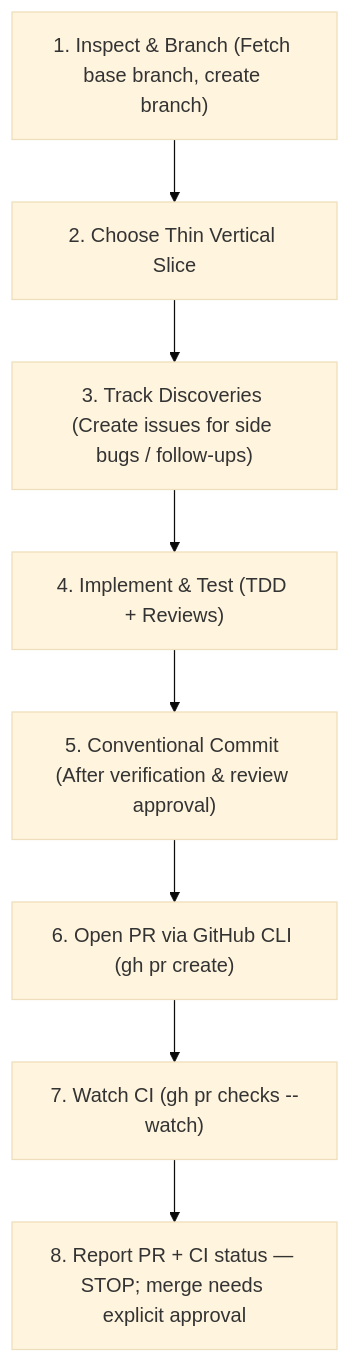
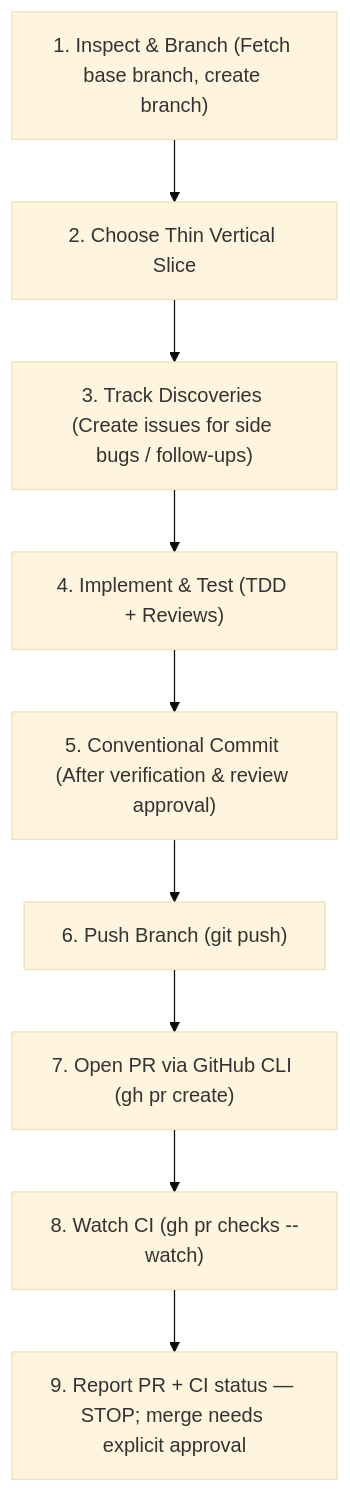
The diagram in .agents/skills/slice-and-pr/SKILL.md (scottdensmore/travel-app), drawn with Mermaid (base theme) before and after one commit. The commit also changed other lines of this file and 3 other files, not shown here.

````diff
--- a/.agents/skills/slice-and-pr/SKILL.md
+++ b/.agents/skills/slice-and-pr/SKILL.md
@@ -17,10 +17,11 @@
 ```mermaid
 flowchart TD
     A["1. Inspect & Branch (Fetch base branch, create branch)"] --> B["2. Choose Thin Vertical Slice"]
     B --> C["3. Track Discoveries (Create issues for side bugs / follow-ups)"]
     C --> D["4. Implement & Test (TDD + Reviews)"]
     D --> E["5. Conventional Commit (After verification & review approval)"]
-    E --> F["6. Open PR via GitHub CLI (gh pr create)"]
-    F --> G["7. Watch CI (gh pr checks --watch)"]
-    G --> H["8. Report PR + CI status — STOP; merge needs explicit approval"]
+    E --> F["6. Push Branch (git push)"]
+    F --> G["7. Open PR via GitHub CLI (gh pr create)"]
+    G --> H["8. Watch CI (gh pr checks --watch)"]
+    H --> I["9. Report PR + CI status — STOP; merge needs explicit approval"]
 ```
````
